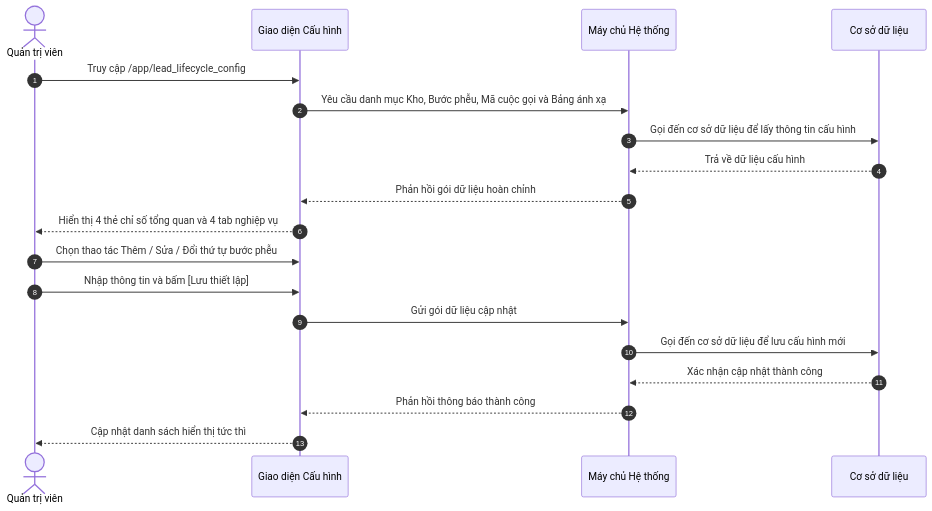
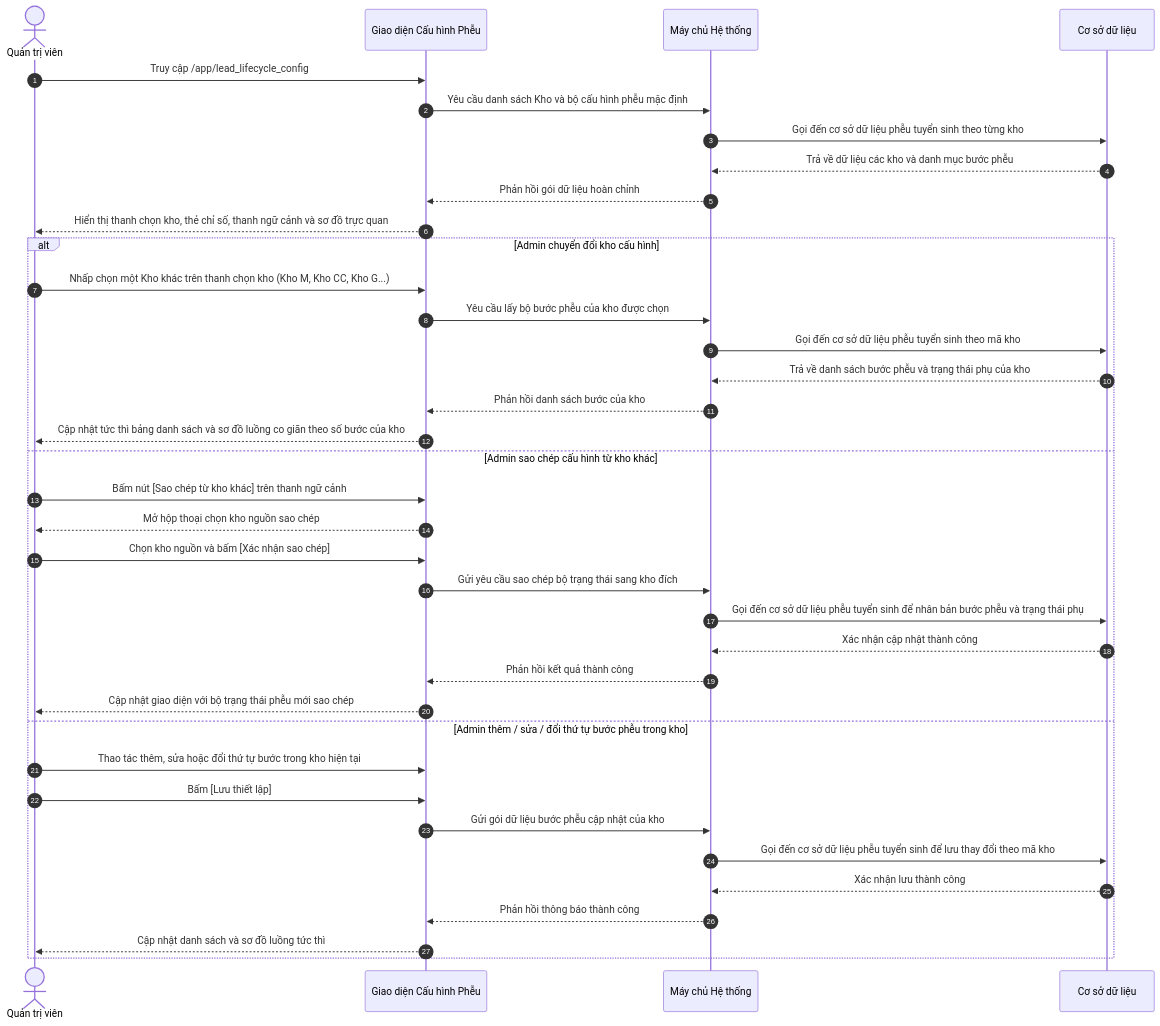
Before and after one commit to Gasyone/rinov5-station: the diagram in docs/00-business/US-SYS-04-05-cau-hinh-vong-doi-va-kho-lead.md, drawn with Mermaid. The commit also changed other lines of this file and 66 other files, not shown here.

````diff
--- a/docs/00-business/US-SYS-04-05-cau-hinh-vong-doi-va-kho-lead.md
+++ b/docs/00-business/US-SYS-04-05-cau-hinh-vong-doi-va-kho-lead.md
@@ -49,22 +55,41 @@
 ```mermaid
 sequenceDiagram
     autonumber
     actor Admin as Quản trị viên
-    participant UI as Giao diện Cấu hình
+    participant UI as Giao diện Cấu hình Phễu
     participant Server as Máy chủ Hệ thống
     participant DB as Cơ sở dữ liệu
 
     Admin->>UI: Truy cập /app/lead_lifecycle_config
-    UI->>Server: Yêu cầu danh mục Kho, Bước phễu, Mã cuộc gọi và Bảng ánh xạ
-    Server->>DB: Gọi đến cơ sở dữ liệu để lấy thông tin cấu hình
-    DB-->>Server: Trả về dữ liệu cấu hình
+    UI->>Server: Yêu cầu danh sách Kho và bộ cấu hình phễu mặc định
+    Server->>DB: Gọi đến cơ sở dữ liệu phễu tuyển sinh theo từng kho
+    DB-->>Server: Trả về dữ liệu các kho và danh mục bước phễu
     Server-->>UI: Phản hồi gói dữ liệu hoàn chỉnh
-    UI-->>Admin: Hiển thị 4 thẻ chỉ số tổng quan và 4 tab nghiệp vụ
-    Admin->>UI: Chọn thao tác Thêm / Sửa / Đổi thứ tự bước phễu
-    Admin->>UI: Nhập thông tin và bấm [Lưu thiết lập]
-    UI->>Server: Gửi gói dữ liệu cập nhật
-    Server->>DB: Gọi đến cơ sở dữ liệu để lưu cấu hình mới
-    DB-->>Server: Xác nhận cập nhật thành công
-    Server-->>UI: Phản hồi thông báo thành công
-    UI-->>Admin: Cập nhật danh sách hiển thị tức thì
+    UI-->>Admin: Hiển thị thanh chọn kho, thẻ chỉ số, thanh ngữ cảnh và sơ đồ trực quan
+
+    alt Admin chuyển đổi kho cấu hình
+        Admin->>UI: Nhấp chọn một Kho khác trên thanh chọn kho (Kho M, Kho CC, Kho G...)
+        UI->>Server: Yêu cầu lấy bộ bước phễu của kho được chọn
+        Server->>DB: Gọi đến cơ sở dữ liệu phễu tuyển sinh theo mã kho
+        DB-->>Server: Trả về danh sách bước phễu và trạng thái phụ của kho
+        Server-->>UI: Phản hồi danh sách bước của kho
+        UI-->>Admin: Cập nhật tức thì bảng danh sách và sơ đồ luồng co giãn theo số bước của kho
+    else Admin sao chép cấu hình từ kho khác
+        Admin->>UI: Bấm nút [Sao chép từ kho khác] trên thanh ngữ cảnh
+        UI-->>Admin: Mở hộp thoại chọn kho nguồn sao chép
+        Admin->>UI: Chọn kho nguồn và bấm [Xác nhận sao chép]
+        UI->>Server: Gửi yêu cầu sao chép bộ trạng thái sang kho đích
+        Server->>DB: Gọi đến cơ sở dữ liệu phễu tuyển sinh để nhân bản bước phễu và trạng thái phụ
+        DB-->>Server: Xác nhận cập nhật thành công
+        Server-->>UI: Phản hồi kết quả thành công
+        UI-->>Admin: Cập nhật giao diện với bộ trạng thái phễu mới sao chép
+    else Admin thêm / sửa / đổi thứ tự bước phễu trong kho
+        Admin->>UI: Thao tác thêm, sửa hoặc đổi thứ tự bước trong kho hiện tại
+        Admin->>UI: Bấm [Lưu thiết lập]
+        UI->>Server: Gửi gói dữ liệu bước phễu cập nhật của kho
+        Server->>DB: Gọi đến cơ sở dữ liệu phễu tuyển sinh để lưu thay đổi theo mã kho
+        DB-->>Server: Xác nhận lưu thành công
+        Server-->>UI: Phản hồi thông báo thành công
+        UI-->>Admin: Cập nhật danh sách và sơ đồ luồng tức thì
+    end
 ```
````
